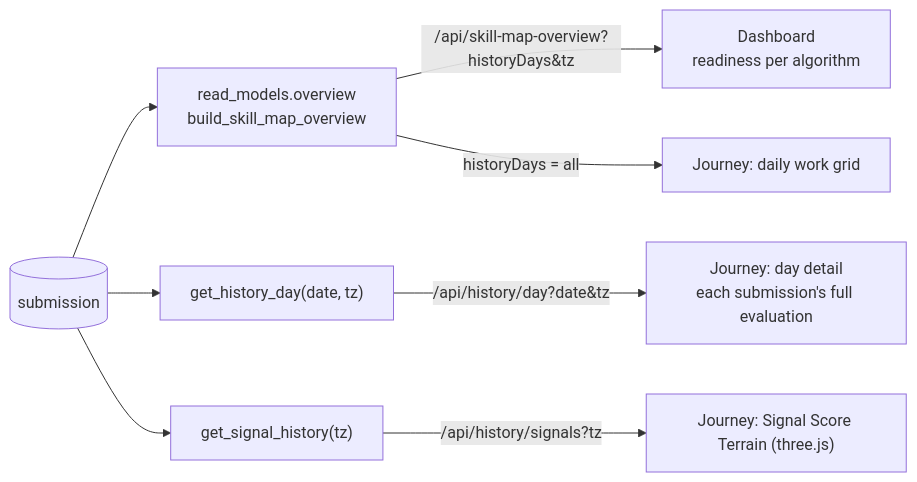
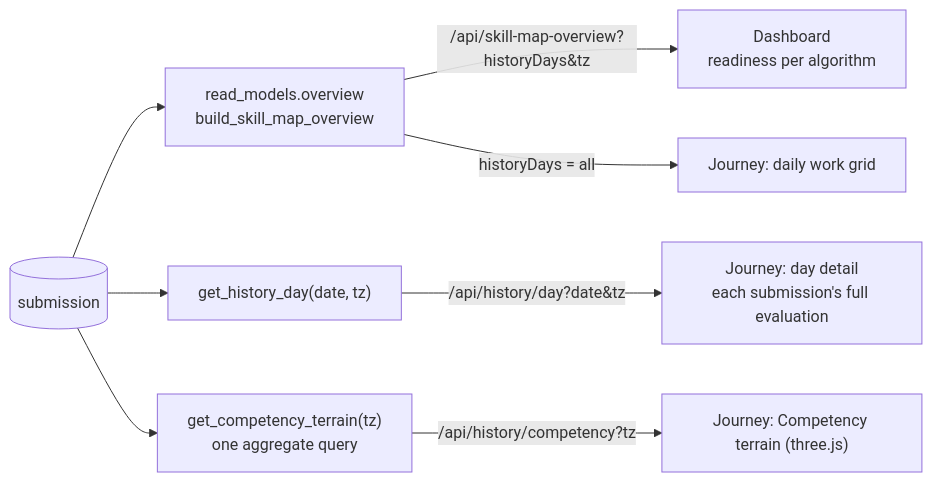
One commit to maxmarzolf/system1 changed the fourth of 5 diagrams in docs/data-flow.md. Above: the diagram before and after it, drawn with Mermaid. The commit also changed other lines of this file and 29 other files, not shown here.

First line of the commit message:
Journey terrain shows competency per algorithm per day, computed in SQL

````diff
--- a/docs/data-flow.md
+++ b/docs/data-flow.md
@@ -140,10 +140,10 @@
 ```mermaid
 flowchart LR
   DB[("submission")] --> O["read_models.overview<br/>build_skill_map_overview"]
   DB --> HD["get_history_day(date, tz)"]
-  DB --> SH["get_signal_history(tz)"]
+  DB --> SH["get_competency_terrain(tz)<br/>one aggregate query"]
   O -->|"/api/skill-map-overview?historyDays&tz"| Dash["Dashboard<br/>readiness per algorithm"]
   O -->|"historyDays = all"| Grid["Journey: daily work grid"]
-  SH -->|"/api/history/signals?tz"| Terrain["Journey: Signal Score Terrain (three.js)"]
+  SH -->|"/api/history/competency?tz"| Terrain["Journey: Competency terrain (three.js)"]
   HD -->|"/api/history/day?date&tz"| Day["Journey: day detail<br/>each submission's full evaluation"]
 ```
````
